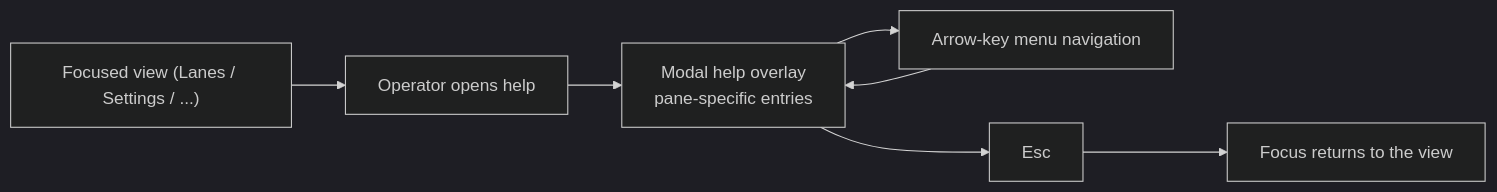
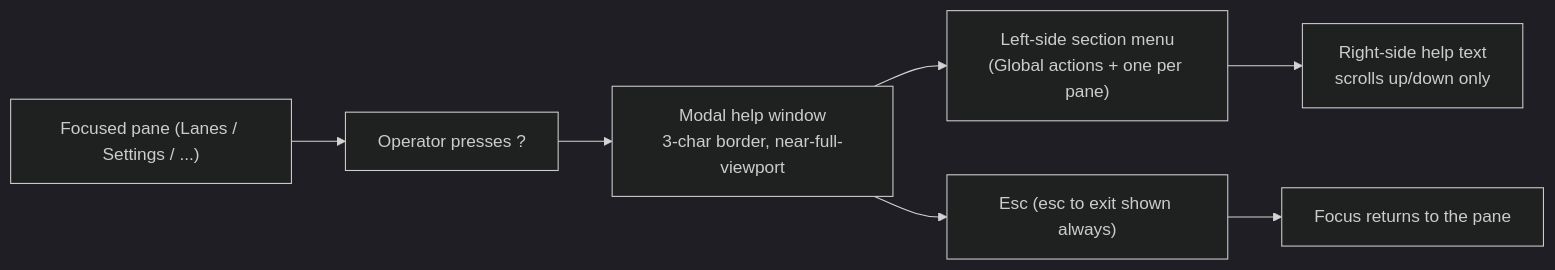
One commit to thewoolleyman/livespec-console-beads-fabro changed the diagram in SPECIFICATION/proposed_changes/tui-pane-specific-modal-help.md. Above: the diagram before and after it, drawn with Mermaid (dark theme). The commit also changed other lines of this file, not shown here.

Commit message:
docs(spec): enrich B4 help-modal proposal to full spec

````diff
--- a/SPECIFICATION/proposed_changes/tui-pane-specific-modal-help.md
+++ b/SPECIFICATION/proposed_changes/tui-pane-specific-modal-help.md
@@ -40,13 +40,14 @@
 ```mermaid
 flowchart LR
-  View["Focused view (Lanes / Settings / ...)"]
-  Open["Operator opens help"]
-  Overlay["Modal help overlay\npane-specific entries"]
-  Arrows["Arrow-key menu navigation"]
-  Esc["Esc"]
-  Back["Focus returns to the view"]
+  Pane["Focused pane (Lanes / Settings / ...)"]
+  Q["Operator presses ?"]
+  Modal["Modal help window\n3-char border, near-full-viewport"]
+  Menu["Left-side section menu\n(Global actions + one per pane)"]
+  Text["Right-side help text\nscrolls up/down only"]
+  Esc["Esc (esc to exit shown always)"]
+  Back["Focus returns to the pane"]
 
-  View --> Open --> Overlay
-  Overlay --> Arrows --> Overlay
-  Overlay --> Esc --> Back
+  Pane --> Q --> Modal
+  Modal --> Menu --> Text
+  Modal --> Esc --> Back
 ```
````
